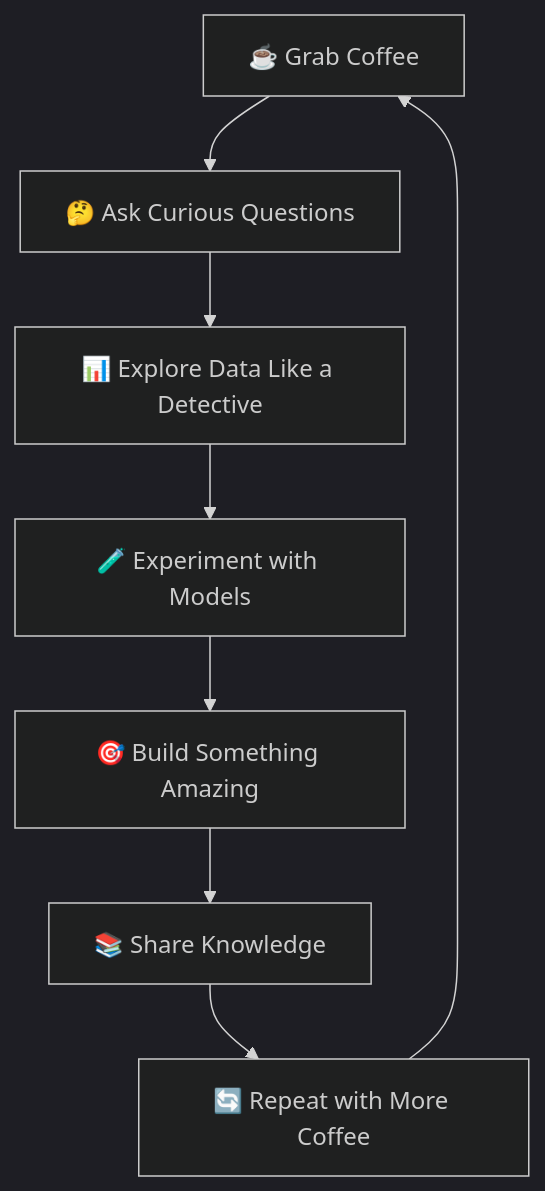
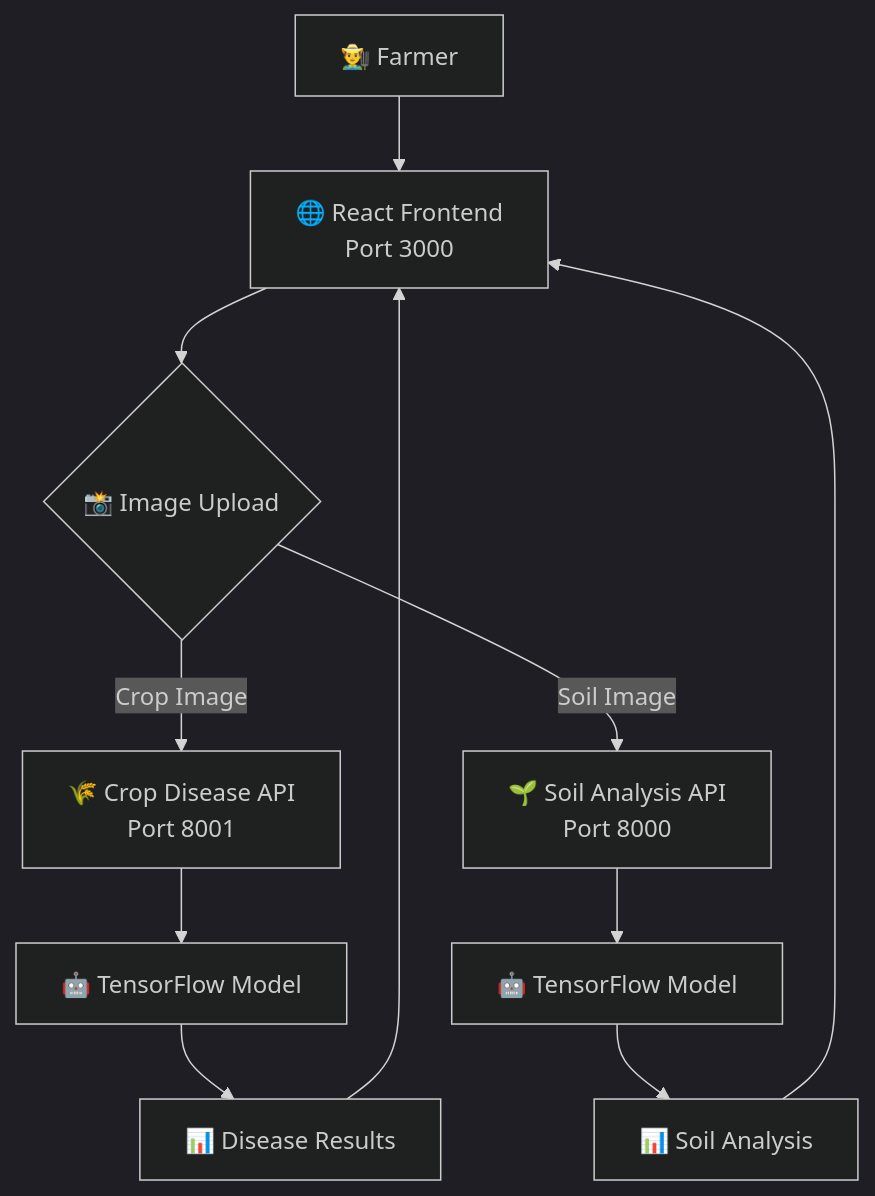
One commit to Adityagupta930/Adityagupta930 changed the diagram in README.md. Above: the diagram before and after it, drawn with Mermaid (dark theme). The commit also changed other lines of this file, not shown here.

````diff
--- a/README.md
+++ b/README.md
@@ -146,10 +98,13 @@
 ```mermaid
 flowchart TD
-    A[☕ Grab Coffee] --> B[🤔 Ask Curious Questions]
-    B --> C[📊 Explore Data Like a Detective]
-    C --> D[🧪 Experiment with Models]
-    D --> E[🎯 Build Something Amazing]
-    E --> F[📚 Share Knowledge]
-    F --> G[🔄 Repeat with More Coffee]
-    G --> A
+    A[👨‍🌾 Farmer] --> B[🌐 React Frontend<br/>Port 3000]
+    B --> C{📸 Image Upload}
+    C -->|Crop Image| D[🌾 Crop Disease API<br/>Port 8001]
+    C -->|Soil Image| E[🌱 Soil Analysis API<br/>Port 8000]
+    D --> F[🤖 TensorFlow Model]
+    E --> G[🤖 TensorFlow Model]
+    F --> H[📊 Disease Results]
+    G --> I[📊 Soil Analysis]
+    H --> B
+    I --> B
 ```
````
